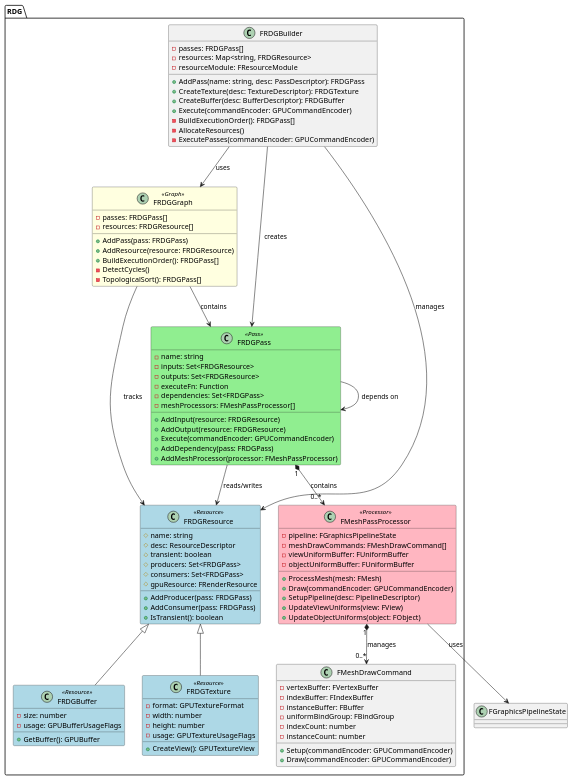
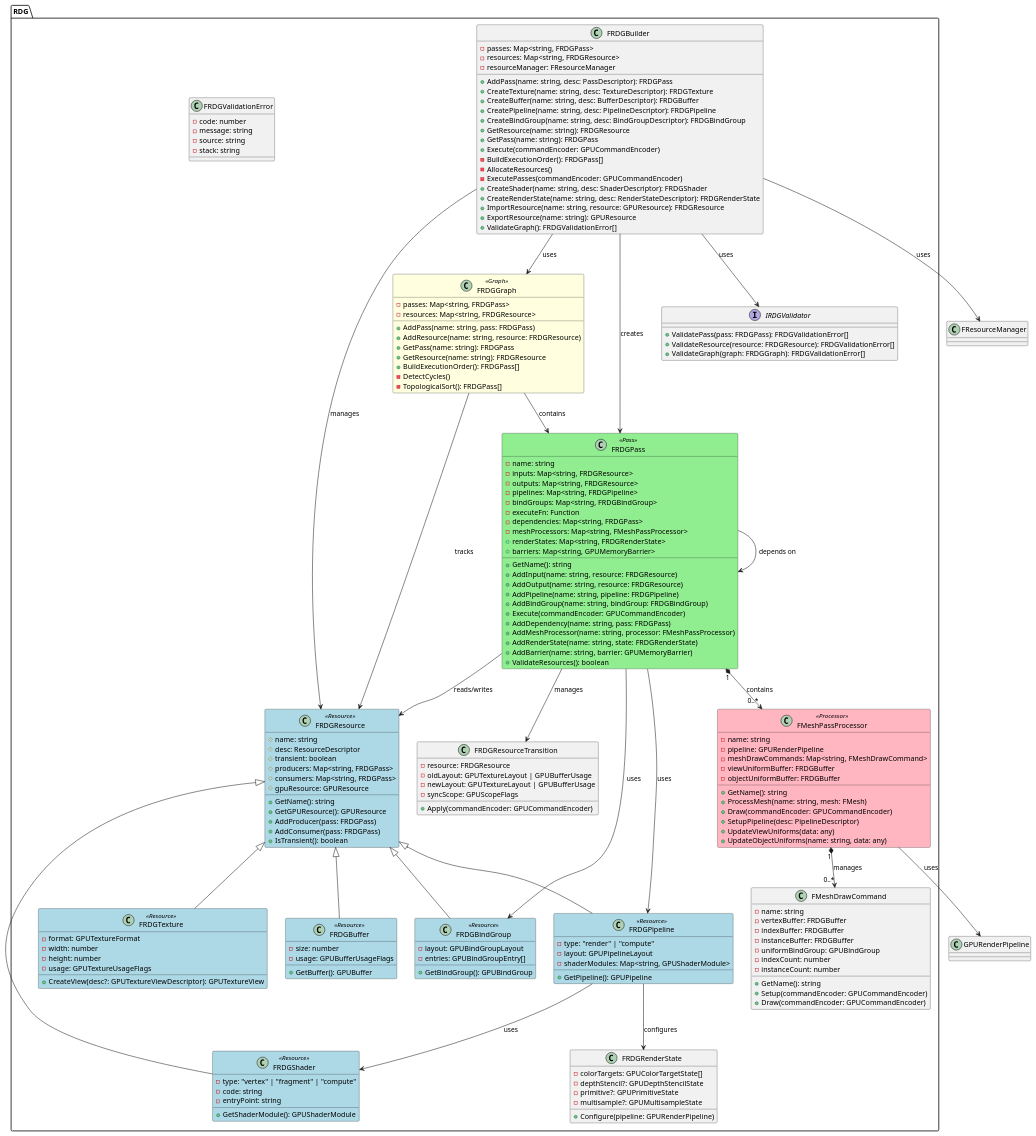
Before and after one commit to anfeng-AnF/webgpu-react: the diagram in Design/RenderingDependencyGraph.puml, drawn with PlantUML. The commit also changed 36 other files, not shown here.

```diff
--- a/Design/RenderingDependencyGraph.puml
+++ b/Design/RenderingDependencyGraph.puml
@@ -10,25 +10,36 @@
 
 package "RDG" {
     class FRDGBuilder {
-        -passes: FRDGPass[]
+        -passes: Map<string, FRDGPass>
         -resources: Map<string, FRDGResource>
-        -resourceModule: FResourceModule
+        -resourceManager: FResourceManager
         +AddPass(name: string, desc: PassDescriptor): FRDGPass
-        +CreateTexture(desc: TextureDescriptor): FRDGTexture
-        +CreateBuffer(desc: BufferDescriptor): FRDGBuffer
+        +CreateTexture(name: string, desc: TextureDescriptor): FRDGTexture
+        +CreateBuffer(name: string, desc: BufferDescriptor): FRDGBuffer
+        +CreatePipeline(name: string, desc: PipelineDescriptor): FRDGPipeline
+        +CreateBindGroup(name: string, desc: BindGroupDescriptor): FRDGBindGroup
+        +GetResource(name: string): FRDGResource
+        +GetPass(name: string): FRDGPass
         +Execute(commandEncoder: GPUCommandEncoder)
         -BuildExecutionOrder(): FRDGPass[]
         -AllocateResources()
         -ExecutePasses(commandEncoder: GPUCommandEncoder)
+        +CreateShader(name: string, desc: ShaderDescriptor): FRDGShader
+        +CreateRenderState(name: string, desc: RenderStateDescriptor): FRDGRenderState
+        +ImportResource(name: string, resource: GPUResource): FRDGResource
+        +ExportResource(name: string): GPUResource
+        +ValidateGraph(): FRDGValidationError[]
     }
 
     class FRDGResource <<Resource>> {
         #name: string
         #desc: ResourceDescriptor
         #transient: boolean
-        #producers: Set<FRDGPass>
-        #consumers: Set<FRDGPass>
-        #gpuResource: FRenderResource
+        #producers: Map<string, FRDGPass>
+        #consumers: Map<string, FRDGPass>
+        #gpuResource: GPUResource
+        +GetName(): string
+        +GetGPUResource(): GPUResource
         +AddProducer(pass: FRDGPass)
         +AddConsumer(pass: FRDGPass)
         +IsTransient(): boolean
@@ -39,7 +50,7 @@
         -width: number
         -height: number
         -usage: GPUTextureUsageFlags
-        +CreateView(): GPUTextureView
+        +CreateView(desc?: GPUTextureViewDescriptor): GPUTextureView
     }
 
     class FRDGBuffer <<Resource>> {
@@ -48,51 +59,116 @@
         +GetBuffer(): GPUBuffer
     }
 
+    class FRDGPipeline <<Resource>> {
+        -type: "render" | "compute"
+        -layout: GPUPipelineLayout
+        -shaderModules: Map<string, GPUShaderModule>
+        +GetPipeline(): GPUPipeline
+    }
+
+    class FRDGBindGroup <<Resource>> {
+        -layout: GPUBindGroupLayout
+        -entries: GPUBindGroupEntry[]
+        +GetBindGroup(): GPUBindGroup
+    }
+
     class FRDGPass <<Pass>> {
         -name: string
-        -inputs: Set<FRDGResource>
-        -outputs: Set<FRDGResource>
+        -inputs: Map<string, FRDGResource>
+        -outputs: Map<string, FRDGResource>
+        -pipelines: Map<string, FRDGPipeline>
+        -bindGroups: Map<string, FRDGBindGroup>
         -executeFn: Function
-        -dependencies: Set<FRDGPass>
-        -meshProcessors: FMeshPassProcessor[]
-        +AddInput(resource: FRDGResource)
-        +AddOutput(resource: FRDGResource)
+        -dependencies: Map<string, FRDGPass>
+        -meshProcessors: Map<string, FMeshPassProcessor>
+        +GetName(): string
+        +AddInput(name: string, resource: FRDGResource)
+        +AddOutput(name: string, resource: FRDGResource)
+        +AddPipeline(name: string, pipeline: FRDGPipeline)
+        +AddBindGroup(name: string, bindGroup: FRDGBindGroup)
         +Execute(commandEncoder: GPUCommandEncoder)
-        +AddDependency(pass: FRDGPass)
-        +AddMeshProcessor(processor: FMeshPassProcessor)
+        +AddDependency(name: string, pass: FRDGPass)
+        +AddMeshProcessor(name: string, processor: FMeshPassProcessor)
+        +renderStates: Map<string, FRDGRenderState>
+        +barriers: Map<string, GPUMemoryBarrier>
+        +AddRenderState(name: string, state: FRDGRenderState)
+        +AddBarrier(name: string, barrier: GPUMemoryBarrier)
+        +ValidateResources(): boolean
     }
 
     class FMeshPassProcessor <<Processor>> {
-        -pipeline: FGraphicsPipelineState
-        -meshDrawCommands: FMeshDrawCommand[]
-        -viewUniformBuffer: FUniformBuffer
-        -objectUniformBuffer: FUniformBuffer
-        +ProcessMesh(mesh: FMesh)
+        -name: string
+        -pipeline: GPURenderPipeline
+        -meshDrawCommands: Map<string, FMeshDrawCommand>
+        -viewUniformBuffer: FRDGBuffer
+        -objectUniformBuffer: FRDGBuffer
+        +GetName(): string
+        +ProcessMesh(name: string, mesh: FMesh)
         +Draw(commandEncoder: GPUCommandEncoder)
         +SetupPipeline(desc: PipelineDescriptor)
-        +UpdateViewUniforms(view: FView)
-        +UpdateObjectUniforms(object: FObject)
+        +UpdateViewUniforms(data: any)
+        +UpdateObjectUniforms(name: string, data: any)
     }
 
     class FMeshDrawCommand {
-        -vertexBuffer: FVertexBuffer
-        -indexBuffer: FIndexBuffer
-        -instanceBuffer: FBuffer
-        -uniformBindGroup: FBindGroup
+        -name: string
+        -vertexBuffer: FRDGBuffer
+        -indexBuffer: FRDGBuffer
+        -instanceBuffer: FRDGBuffer
+        -uniformBindGroup: GPUBindGroup
         -indexCount: number
         -instanceCount: number
+        +GetName(): string
         +Setup(commandEncoder: GPUCommandEncoder)
         +Draw(commandEncoder: GPUCommandEncoder)
     }
 
     class FRDGGraph <<Graph>> {
-        -passes: FRDGPass[]
-        -resources: FRDGResource[]
-        +AddPass(pass: FRDGPass)
-        +AddResource(resource: FRDGResource)
+        -passes: Map<string, FRDGPass>
+        -resources: Map<string, FRDGResource>
+        +AddPass(name: string, pass: FRDGPass)
+        +AddResource(name: string, resource: FRDGResource)
+        +GetPass(name: string): FRDGPass
+        +GetResource(name: string): FRDGResource
         +BuildExecutionOrder(): FRDGPass[]
         -DetectCycles()
         -TopologicalSort(): FRDGPass[]
+    }
+
+    class FRDGShader <<Resource>> {
+        -type: "vertex" | "fragment" | "compute"
+        -code: string
+        -entryPoint: string
+        +GetShaderModule(): GPUShaderModule
+    }
+
+    class FRDGRenderState {
+        -colorTargets: GPUColorTargetState[]
+        -depthStencil?: GPUDepthStencilState
+        -primitive?: GPUPrimitiveState
+        -multisample?: GPUMultisampleState
+        +Configure(pipeline: GPURenderPipeline)
+    }
+
+    class FRDGResourceTransition {
+        -resource: FRDGResource
+        -oldLayout: GPUTextureLayout | GPUBufferUsage
+        -newLayout: GPUTextureLayout | GPUBufferUsage
+        -syncScope: GPUScopeFlags
+        +Apply(commandEncoder: GPUCommandEncoder)
+    }
+
+    class FRDGValidationError {
+        -code: number
+        -message: string
+        -source: string
+        -stack: string
+    }
+
+    interface IRDGValidator {
+        +ValidatePass(pass: FRDGPass): FRDGValidationError[]
+        +ValidateResource(resource: FRDGResource): FRDGValidationError[]
+        +ValidateGraph(graph: FRDGGraph): FRDGValidationError[]
     }
 }
 
@@ -100,18 +176,31 @@
 FRDGBuilder --> FRDGPass: creates
 FRDGBuilder --> FRDGResource: manages
 FRDGBuilder --> FRDGGraph: uses
+FRDGBuilder --> FResourceManager: uses
 
 FRDGResource <|-- FRDGTexture
 FRDGResource <|-- FRDGBuffer
+FRDGResource <|-- FRDGPipeline
+FRDGResource <|-- FRDGBindGroup
+FRDGResource <|-- FRDGShader
 
 FRDGPass --> FRDGResource: reads/writes
+FRDGPass --> FRDGPipeline: uses
+FRDGPass --> FRDGBindGroup: uses
 FRDGPass --> FRDGPass: depends on
 FRDGPass "1" *--> "0..*" FMeshPassProcessor: contains
 
 FMeshPassProcessor "1" *--> "0..*" FMeshDrawCommand: manages
-FMeshPassProcessor --> FGraphicsPipelineState: uses
+FMeshPassProcessor --> GPURenderPipeline: uses
 
 FRDGGraph --> FRDGPass: contains
 FRDGGraph --> FRDGResource: tracks
 
+FRDGPipeline --> FRDGShader: uses
+FRDGPipeline --> FRDGRenderState: configures
+
+FRDGPass --> FRDGResourceTransition: manages
+
+FRDGBuilder --> IRDGValidator: uses
+
 @enduml
```
